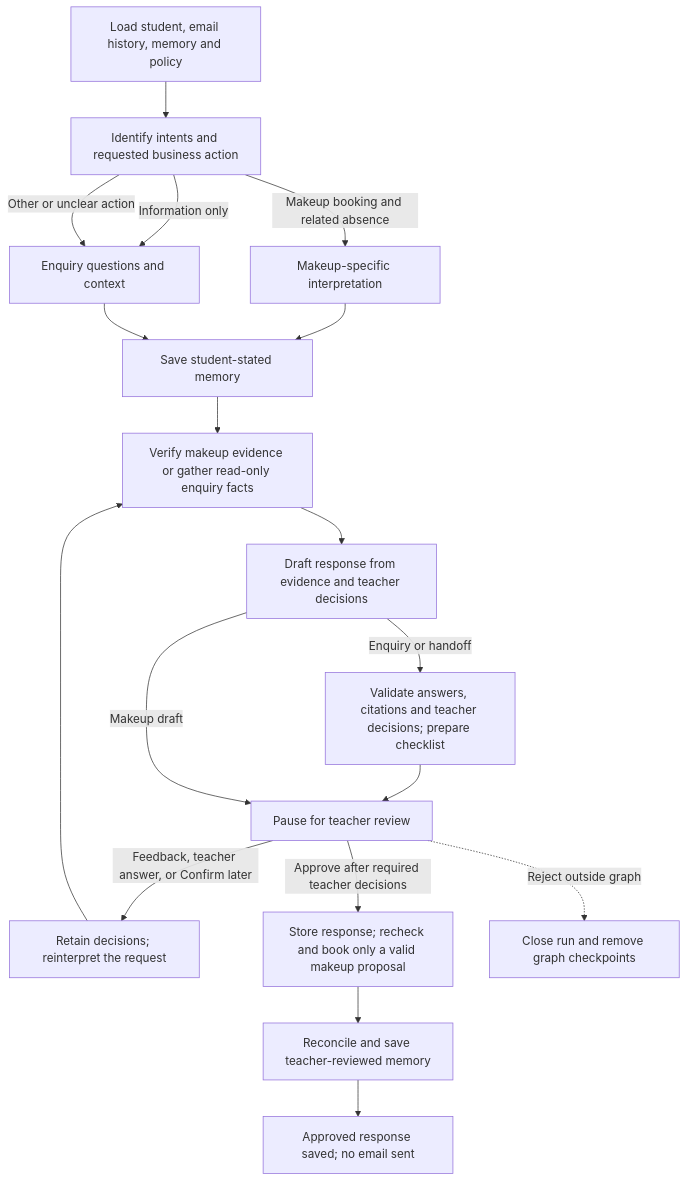
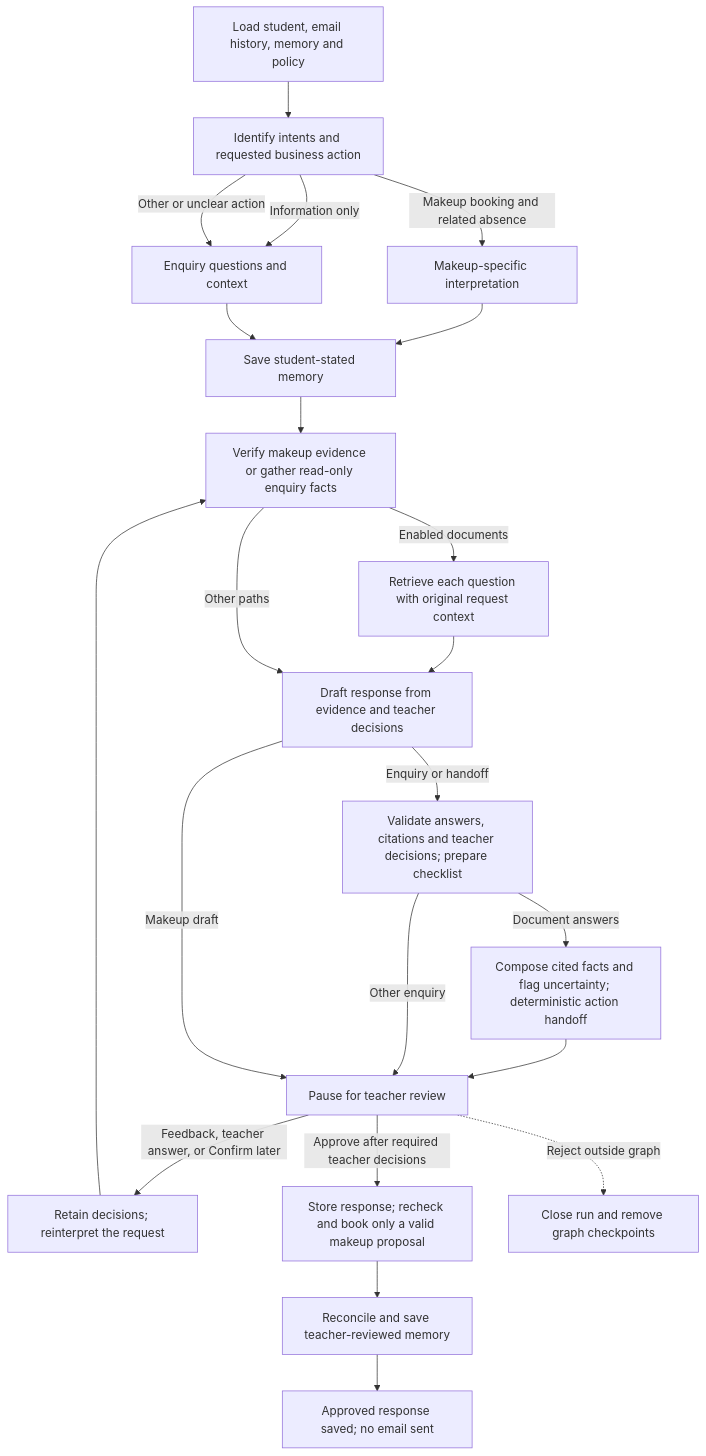
One commit to manjunjiangclara-cmyk/dance-studio-agent changed the diagram in docs/03-makeup-workflow.md. Above: the diagram before and after it, drawn with Mermaid. The commit also changed 29 other files, not shown here.

Commit message:
Improve grounded draft review and add fresh RAG validation

````diff
--- a/docs/03-makeup-workflow.md
+++ b/docs/03-makeup-workflow.md
@@ -7,20 +7,24 @@
 ```mermaid
 flowchart TD
     A[Load student, email history, memory and policy] --> R[Identify intents and requested business action]
     R -->|Makeup booking and related absence| B[Makeup-specific interpretation]
     R -->|Information only| X[Enquiry questions and context]
     R -->|Other or unclear action| X
     B --> C[Save student-stated memory]
     X --> C
     C --> D[Verify makeup evidence or gather read-only enquiry facts]
-    D --> E[Draft response from evidence and teacher decisions]
+    D -->|Enabled documents| D1[Retrieve each question with original request context]
+    D1 --> E[Draft response from evidence and teacher decisions]
+    D -->|Other paths| E
     E -->|Enquiry or handoff| K["Validate answers, citations and teacher decisions; prepare checklist"]
-    K --> F[Pause for teacher review]
+    K -->|Document answers| K1["Compose cited facts and flag uncertainty; deterministic action handoff"]
+    K1 --> F[Pause for teacher review]
+    K -->|Other enquiry| F
     E -->|Makeup draft| F
     F -->|Feedback, teacher answer, or Confirm later| V[Retain decisions; reinterpret the request]
     V --> D
     F -->|Approve after required teacher decisions| G[Store response; recheck and book only a valid makeup proposal]
     G --> H[Reconcile and save teacher-reviewed memory]
     H --> J[Approved response saved; no email sent]
     F -.->|Reject outside graph| I[Close run and remove graph checkpoints]
 ```
````
